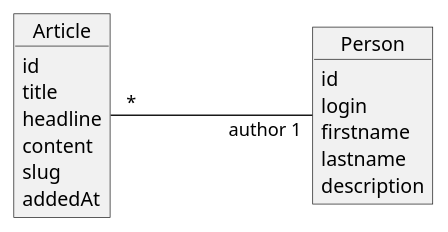
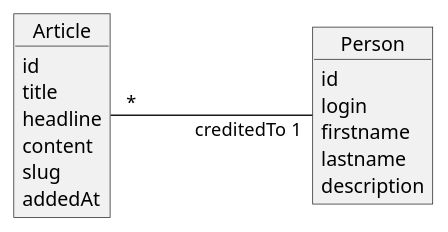
Before and after one commit to ldv-melun/spring-boot-kotlin: the second of 2 diagrams in modules/ROOT/pages/_ch04_jpa_intro.adoc, drawn with PlantUML. The commit also changed other lines of this file and 1 other file, not shown here.

```diff
--- a/modules/ROOT/pages/_ch04_jpa_intro.adoc
+++ b/modules/ROOT/pages/_ch04_jpa_intro.adoc
@@ -105,21 +112,21 @@
 [plantuml]
 ----
 Object Article{
 id
 title
 headline
 content
 slug
 addedAt
 }
 Object Person{
 id
 login
 firstname
 lastname
 description
 }
 
-Article" * " - "author 1" Person :"\t\t\t\t"
+Article" * " - "creditedTo 1" Person :"\t\t\t\t"
 
 ----
```
